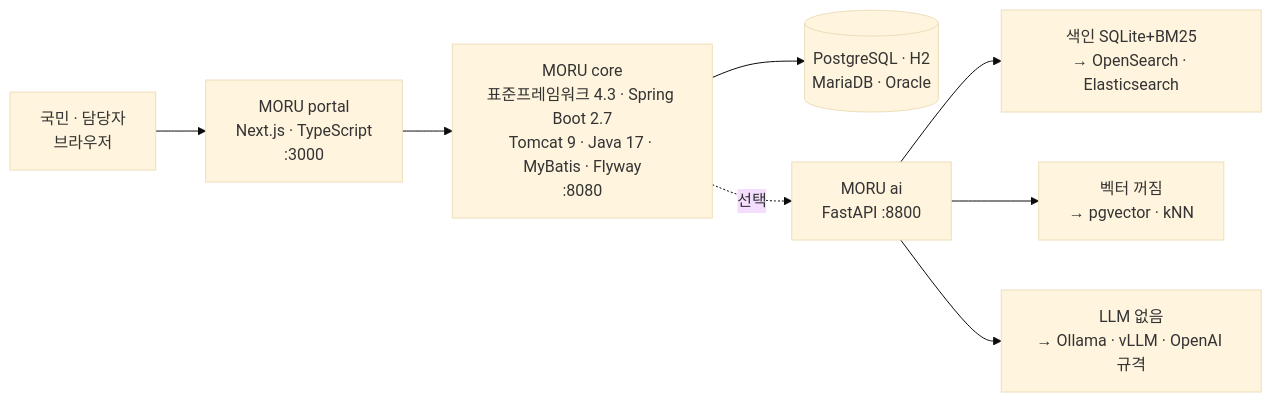
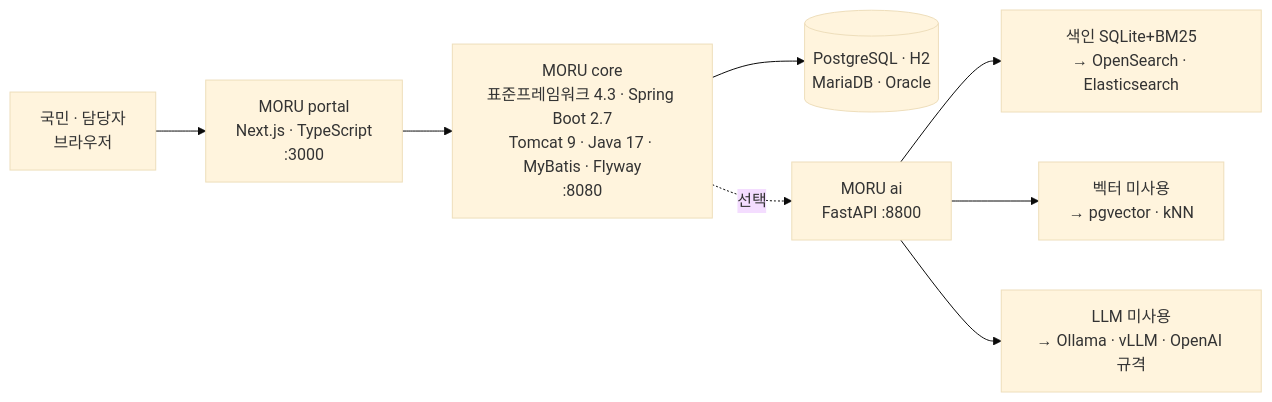
The diagram in README.md (mhb8436/moru-release), drawn with Mermaid (base theme) before and after one commit. The commit also changed other lines of this file and 2 other files, not shown here.

````diff
--- a/README.md
+++ b/README.md
@@ -69,10 +69,10 @@
 ```mermaid
 flowchart LR
   U[국민 · 담당자<br>브라우저] --> P
   P[MORU portal<br>Next.js · TypeScript<br>:3000] --> C
   C[MORU core<br>표준프레임워크 4.3 · Spring Boot 2.7<br>Tomcat 9 · Java 17 · MyBatis · Flyway<br>:8080] --> DB[(PostgreSQL · H2<br>MariaDB · Oracle)]
   C -. 선택 .-> A[MORU ai<br>FastAPI :8800]
   A --> S[색인 SQLite+BM25<br>→ OpenSearch · Elasticsearch]
-  A --> V[벡터 꺼짐<br>→ pgvector · kNN]
-  A --> L[LLM 없음<br>→ Ollama · vLLM · OpenAI 규격]
+  A --> V[벡터 미사용<br>→ pgvector · kNN]
+  A --> L[LLM 미사용<br>→ Ollama · vLLM · OpenAI 규격]
 ```
````
